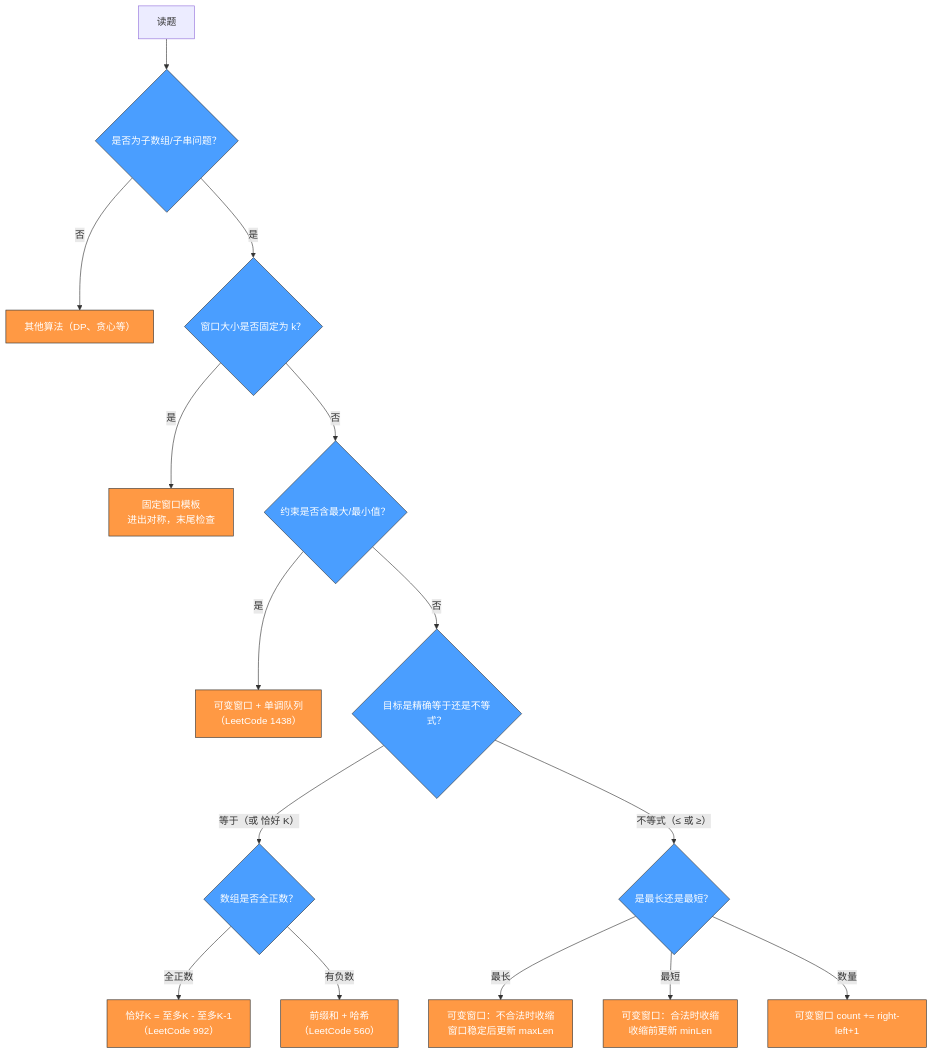
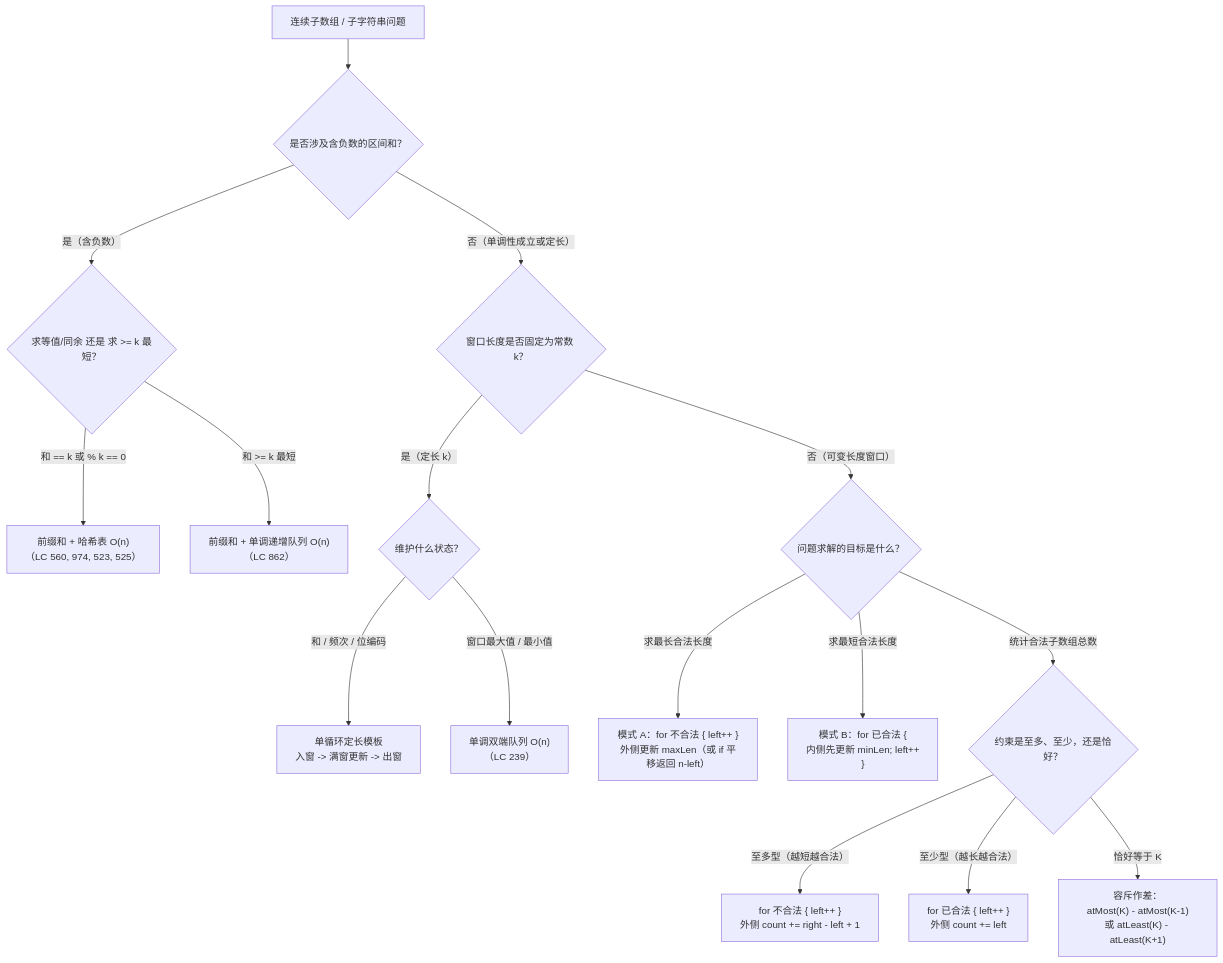
The diagram in content/数据结构与算法/滑动窗口/10 滑动窗口综合通关：面试高频模式总结与难题攻破.md (hpliStartAgain/my-brain), drawn with Mermaid before and after one commit. The commit also changed other lines of this file and 55 other files, not shown here.

````diff
--- a/content/数据结构与算法/滑动窗口/10 滑动窗口综合通关：面试高频模式总结与难题攻破.md
+++ b/content/数据结构与算法/滑动窗口/10 滑动窗口综合通关：面试高频模式总结与难题攻破.md
@@ -39,26 +38,21 @@
 ```mermaid
-graph TD
-    A["读题"] --> B{"是否为子数组/子串问题？"}
-    B -->|否| Z["其他算法（DP、贪心等）"]
-    B -->|是| C{"窗口大小是否固定为 k？"}
-    
-    C -->|是| D["固定窗口模板\n进出对称，末尾检查"]
-    C -->|否| E{"约束是否含最大/最小值？"}
-    
-    E -->|是| F["可变窗口 + 单调队列\n（LeetCode 1438）"]
-    E -->|否| G{"目标是精确等于还是不等式？"}
-    
-    G -->|"等于（或 恰好 K）"| H{"数组是否全正数？"}
-    H -->|全正数| I["恰好K = 至多K - 至多K-1\n（LeetCode 992）"]
-    H -->|有负数| J["前缀和 + 哈希\n（LeetCode 560）"]
-    
-    G -->|"不等式（≤ 或 ≥）"| K{"是最长还是最短？"}
-    K -->|最长| L["可变窗口：不合法时收缩\n窗口稳定后更新 maxLen"]
-    K -->|最短| M["可变窗口：合法时收缩\n收缩前更新 minLen"]
-    K -->|数量| N["可变窗口 count += right-left+1"]
+%%{init: {'theme': 'dracula'}}%%
+flowchart TD
+    Start["连续子数组 / 子字符串问题"] --> NegCheck{"是否涉及含负数的区间和？"}
+    NegCheck -->|"是（含负数）"| NegBranch{"求等值/同余 还是 求 >= k 最短？"}
+    NegBranch -->|"和 == k 或 % k == 0"| PHash["前缀和 + 哈希表 O(n)<br/>（LC 560, 974, 523, 525）"]
+    NegBranch -->|"和 >= k 最短"| PDeque["前缀和 + 单调递增队列 O(n)<br/>（LC 862）"]
 
-    classDef decision fill:#4a9eff,color:#fff,stroke:#333
-    classDef solution fill:#ff9944,color:#fff,stroke:#333
-    class B,C,E,G,H,K decision
-    class D,F,I,J,L,M,N,Z solution
+    NegCheck -->|"否（单调性成立或定长）"| LenCheck{"窗口长度是否固定为常数 k？"}
+    LenCheck -->|"是（定长 k）"| FixBranch{"维护什么状态？"}
+    FixBranch -->|"和 / 频次 / 位编码"| FixStd["单循环定长模板<br/>入窗 -> 满窗更新 -> 出窗"]
+    FixBranch -->|"窗口最大值 / 最小值"| FixDeque["单调双端队列 O(n)<br/>（LC 239）"]
+
+    LenCheck -->|"否（可变长度窗口）"| GoalBranch{"问题求解的目标是什么？"}
+    GoalBranch -->|"求最长合法长度"| VarMax["模式 A：for 不合法 { left++ }<br/>外侧更新 maxLen（或 if 平移返回 n-left）"]
+    GoalBranch -->|"求最短合法长度"| VarMin["模式 B：for 已合法 {<br/>  内侧先更新 minLen; left++<br/>}"]
+    GoalBranch -->|"统计合法子数组总数"| CntBranch{"约束是至多、至少，还是恰好？"}
+    CntBranch -->|"至多型（越短越合法）"| CntMost["for 不合法 { left++ }<br/>外侧 count += right - left + 1"]
+    CntBranch -->|"至少型（越长越合法）"| CntLeast["for 已合法 { left++ }<br/>外侧 count += left"]
+    CntBranch -->|"恰好等于 K"| CntExact["容斥作差：<br/>atMost(K) - atMost(K-1)<br/>或 atLeast(K) - atLeast(K+1)"]
 ```
````
